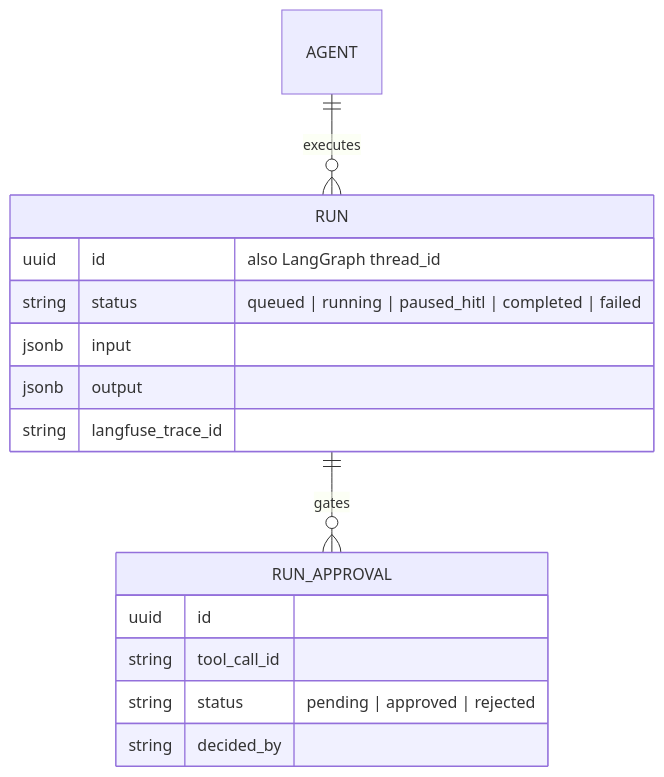
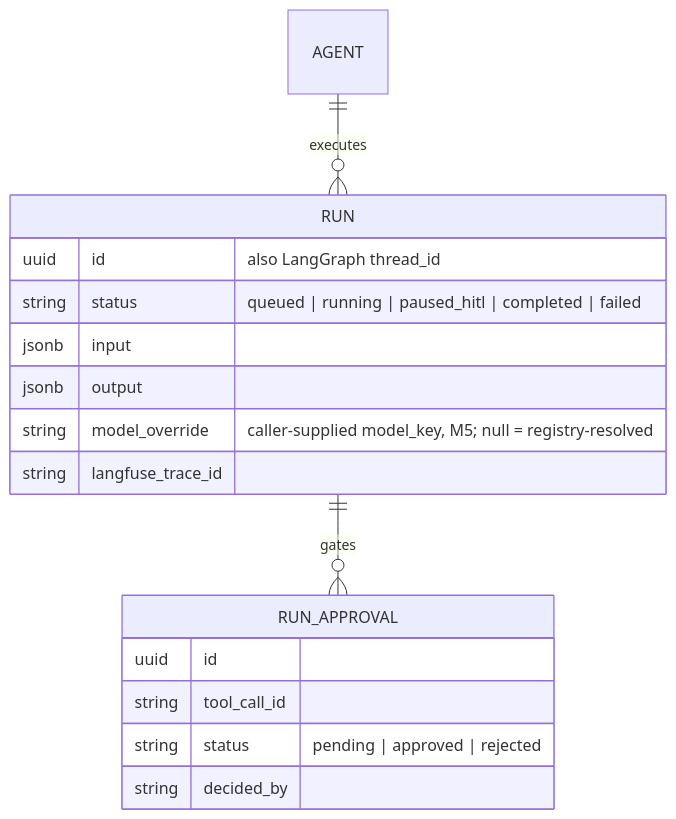
Before and after one commit to engganuj/AgenticForge: the tenth of 18 diagrams in docs/TECHNICAL_DESIGN.md, drawn with Mermaid. The commit also changed other lines of this file and 13 other files, not shown here.

First line of the commit message:
Add M5: model registry and multi-provider routing

````diff
--- a/docs/TECHNICAL_DESIGN.md
+++ b/docs/TECHNICAL_DESIGN.md
@@ -619,19 +687,20 @@
 ```mermaid
 erDiagram
     AGENT ||--o{ RUN : executes
     RUN ||--o{ RUN_APPROVAL : gates
 
     RUN {
         uuid id "also LangGraph thread_id"
         string status "queued | running | paused_hitl | completed | failed"
         jsonb input
         jsonb output
+        string model_override "caller-supplied model_key, M5; null = registry-resolved"
         string langfuse_trace_id
     }
     RUN_APPROVAL {
         uuid id
         string tool_call_id
         string status "pending | approved | rejected"
         string decided_by
     }
 ```
````
